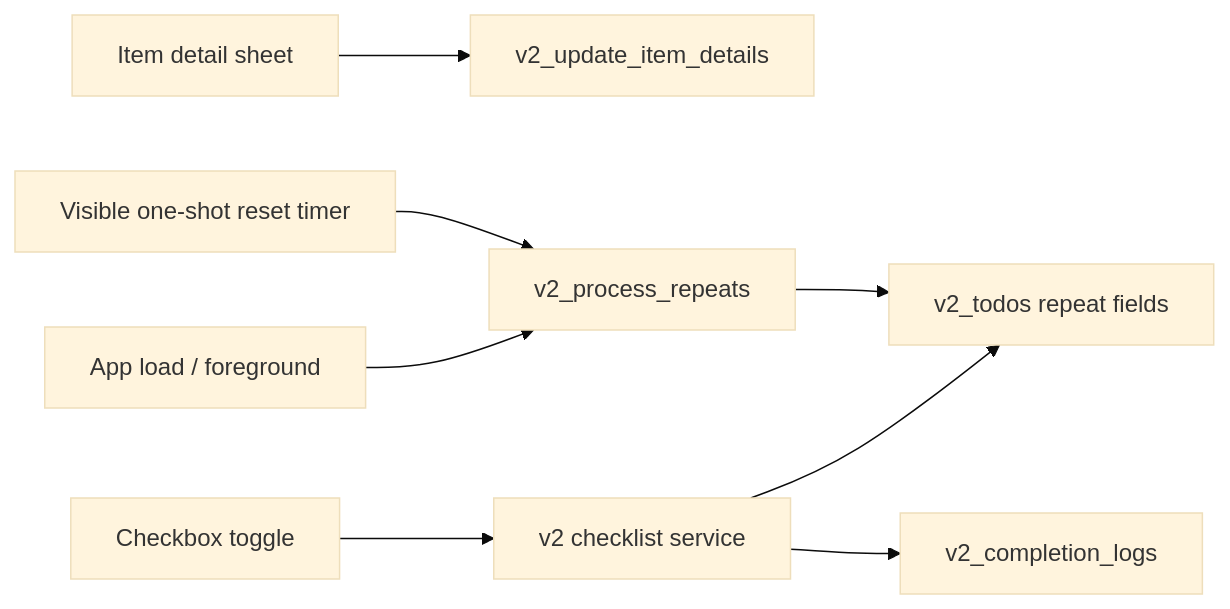
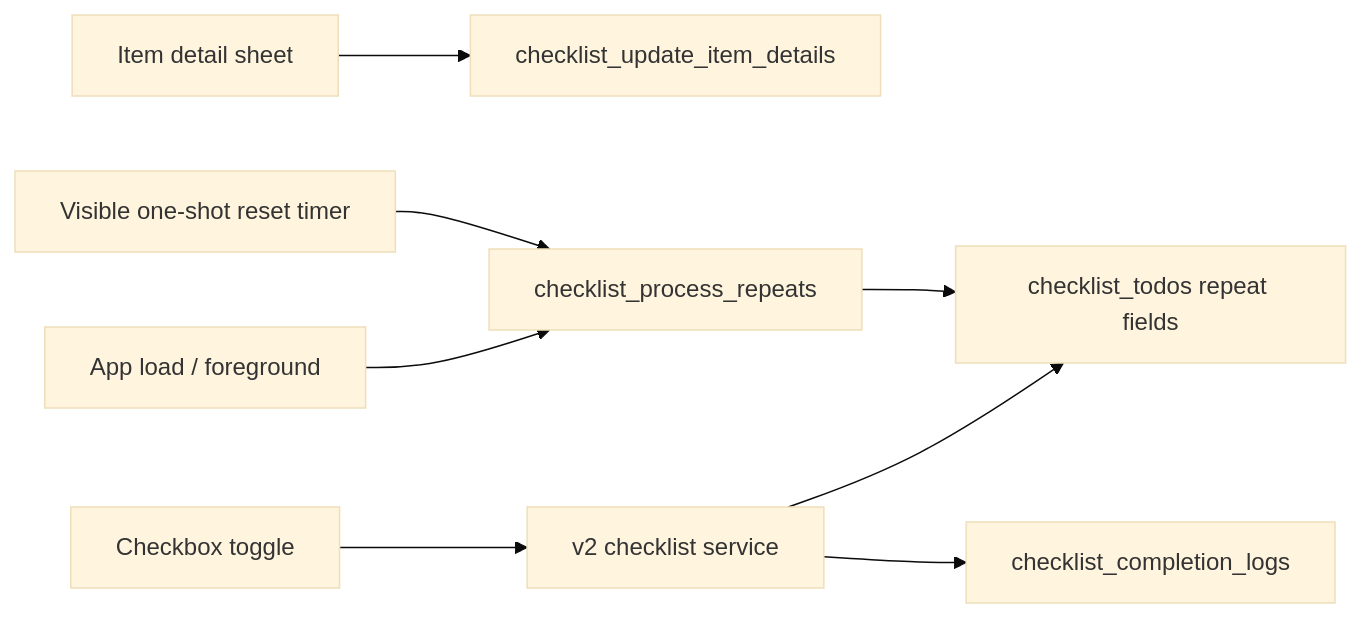
One commit to U-Keun/Tickly changed the diagram in docs/rebuild-notes/013-repeat-direction.md. Above: the diagram before and after it, drawn with Mermaid (base theme). The commit also changed other lines of this file and 28 other files, not shown here.

````diff
--- a/docs/rebuild-notes/013-repeat-direction.md
+++ b/docs/rebuild-notes/013-repeat-direction.md
@@ -10,10 +10,10 @@
 ```mermaid
 flowchart LR
-  UI["Item detail sheet"] --> Command["v2_update_item_details"]
+  UI["Item detail sheet"] --> Command["checklist_update_item_details"]
   Toggle["Checkbox toggle"] --> Service["v2 checklist service"]
-  Service --> Todo["v2_todos repeat fields"]
-  Service --> Logs["v2_completion_logs"]
-  Startup["App load / foreground"] --> Process["v2_process_repeats"]
+  Service --> Todo["checklist_todos repeat fields"]
+  Service --> Logs["checklist_completion_logs"]
+  Startup["App load / foreground"] --> Process["checklist_process_repeats"]
   Timer["Visible one-shot reset timer"] --> Process
   Process --> Todo
 ```
````
